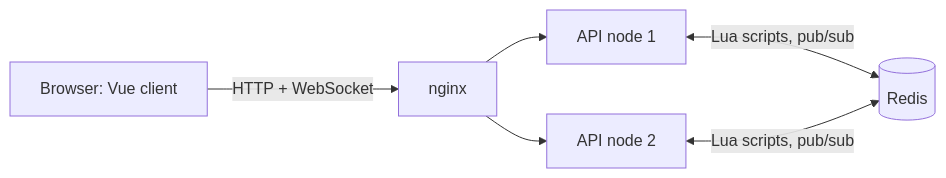
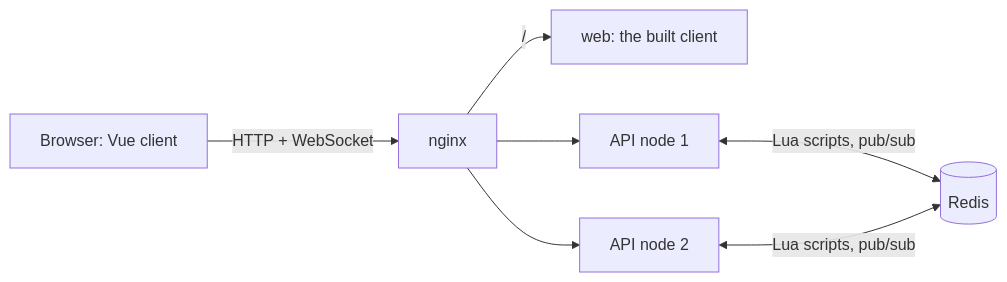
One commit to kobars/realtime-vocab-quiz changed the diagram in README.md. Above: the diagram before and after it, drawn with Mermaid. The commit also changed other lines of this file, not shown here.

First line of the commit message:
Show the web container in the README diagram and list make test-browser

````diff
--- a/README.md
+++ b/README.md
@@ -61,8 +61,9 @@
 ```mermaid
 flowchart LR
   B[Browser: Vue client] -->|HTTP + WebSocket| N[nginx]
+  N -->|/| W[web: the built client]
   N --> A1[API node 1]
   N --> A2[API node 2]
   A1 <-->|Lua scripts, pub/sub| R[(Redis)]
   A2 <-->|Lua scripts, pub/sub| R
 ```
````
